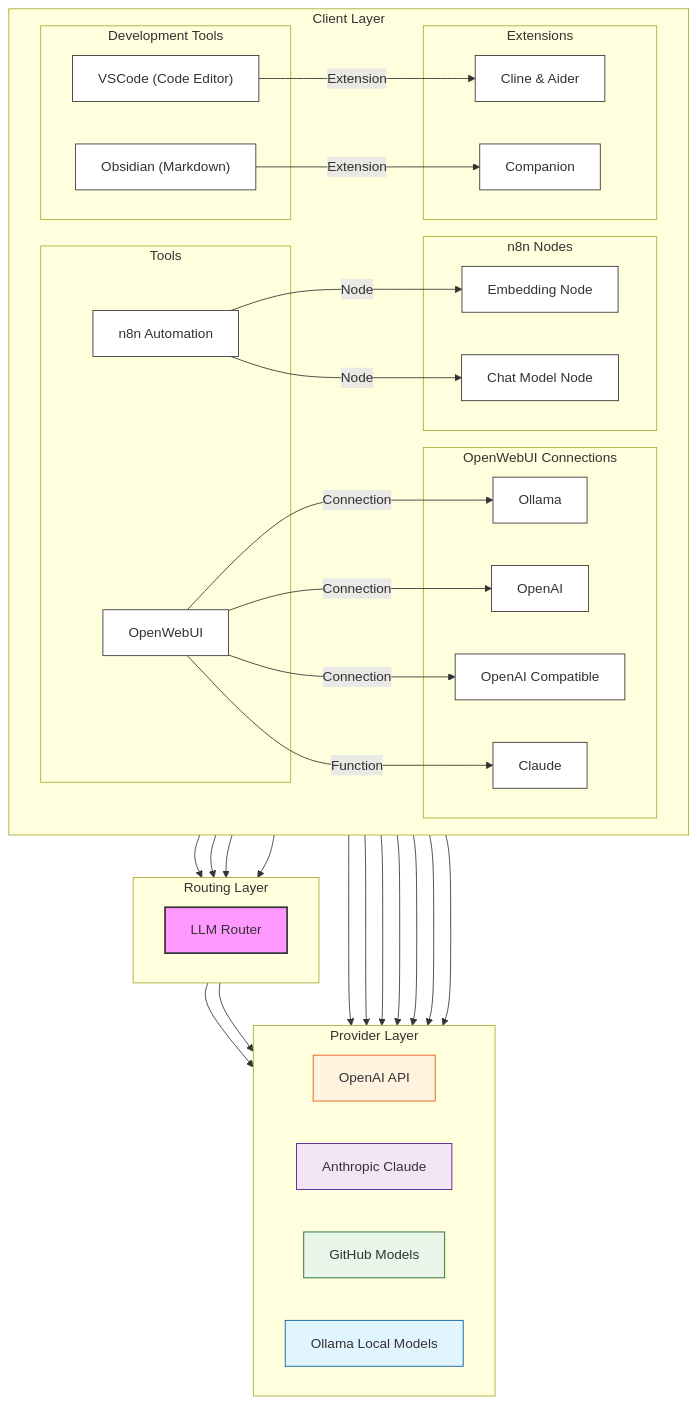
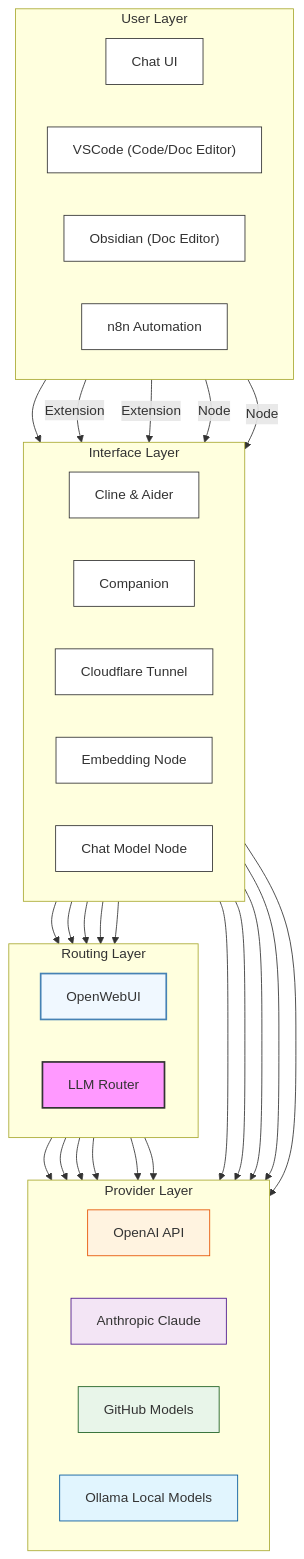
One commit to ZorroCheng-MC/thebox changed the diagram in ARCHITECTURE.md. Above: the diagram before and after it, drawn with Mermaid. The commit also changed other lines of this file, not shown here.

````diff
--- a/ARCHITECTURE.md
+++ b/ARCHITECTURE.md
@@ -49,50 +54,40 @@
 ```mermaid
 graph TD
 %% Define subgraphs with clear spacing and alignment
-subgraph Client_Layer["Client Layer"]
+
+subgraph User_Layer["User Layer"]
 direction LR
-%% IDE/Editor Group
-subgraph Editors["Development Tools"]
-vscode["VSCode (Code Editor)"]
-obsidian["Obsidian (Markdown)"]
-end
-%% Tools Group
-subgraph Tools["Tools"]
-owui["OpenWebUI"]
+chat_ui["Chat UI"]
+vscode["VSCode (Code/Doc Editor)"]
+obsidian["Obsidian (Doc Editor)"]
 n8n["n8n Automation"]
 end
-%% Extensions/Connections
-subgraph Extensions["Extensions"]
+
+subgraph Interface_Layer["Interface Layer"]
+direction LR
 cline["Cline & Aider"]
 companion["Companion"]
-end
-%% n8n Nodes
-subgraph N8N_Nodes["n8n Nodes"]
+cloudflare_tunnel["Cloudflare Tunnel"]
 embedding["Embedding Node"]
 chatmodel["Chat Model Node"]
 end
-%% OpenWebUI Connections
-subgraph OWUI_Connections["OpenWebUI Connections"]
-owui_ollama["Ollama"]
-owui_openai1["OpenAI"]
-owui_openai2["OpenAI Compatible"]
-owui_claude["Claude"]
-end
-%% Connect components within Client Layer
+
+chat_ui --> cloudflare_tunnel
+cloudflare_tunnel --> owui
+
+%% Connect components
 vscode -->|Extension| cline
 obsidian -->|Extension| companion
 n8n -->|Node| embedding
 n8n -->|Node| chatmodel
-owui -->|Connection| owui_ollama
-owui -->|Connection| owui_openai1
-owui -->|Connection| owui_openai2
-owui -->|Function| owui_claude
-end
+cline --> owui
 
 subgraph Routing_Layer["Routing Layer"]
 direction LR
 litellm["LLM Router"]
+owui["OpenWebUI"]
 style litellm fill:#f9f,stroke:#333,stroke-width:2px
+style owui fill:#f0f8ff,stroke:#4682b4,stroke-width:2px
 end
 
 subgraph Provider_Layer["Provider Layer"]
@@ -113,16 +108,19 @@
 embedding --> litellm
 chatmodel --> litellm
 cline --> litellm
-owui_openai2 --> litellm
 
 %% Direct connections to providers
 cline --> claude
 cline --> openai
 cline --> ollama
-owui_claude --> claude
-owui_openai1 --> openai
-owui_ollama --> ollama
 companion --> ollama
+companion --> openai
+
+%% OpenWebUI direct connections to providers
+owui --> openai
+owui --> claude
+owui --> github
+owui --> ollama
 
 %% Routing to Providers
 litellm --> github
@@ -131,9 +129,11 @@
 %% Styling
 classDef layerStyle fill:#ffffff,stroke:#333,stroke-width:3px
 classDef default fill:#ffffff,stroke:#333,stroke-width:1px
-class Client_Layer,Routing_Layer,Provider_Layer layerStyle
+class User_Layer,Interface_Layer,Routing_Layer,Provider_Layer layerStyle
 
 %% Spacing between layers
-Client_Layer ~~~ Routing_Layer
+User_Layer ~~~ Interface_Layer
+Interface_Layer ~~~ Routing_Layer
 Routing_Layer ~~~ Provider_Layer
+
 ```
````
